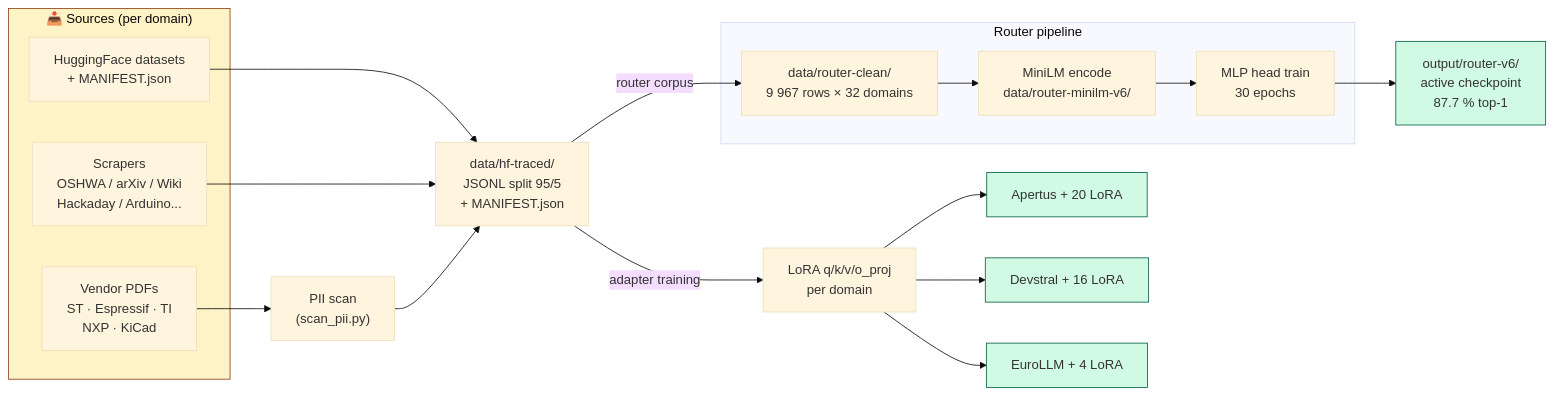
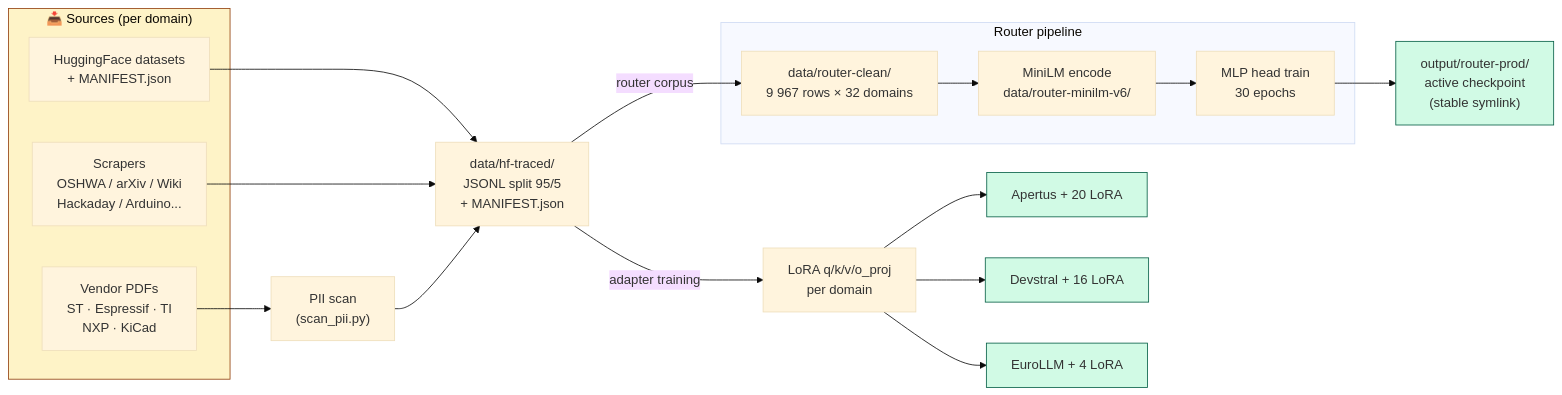
The sixth of 6 diagrams in README.md (ailiance/ailiance), drawn with Mermaid (base theme) before and after one commit. The commit also changed other lines of this file and 2 other files, not shown here.

First line of the commit message:
docs(router): fix router-v6 and 32-domain drift

````diff
--- a/README.md
+++ b/README.md
@@ -413,34 +416,34 @@
 ```mermaid
 flowchart LR
     subgraph sources["📥 Sources (per domain)"]
         HF["HuggingFace datasets<br/>+ MANIFEST.json"]
         SCRAPE["Scrapers<br/>OSHWA / arXiv / Wiki<br/>Hackaday / Arduino..."]
         PDF["Vendor PDFs<br/>ST · Espressif · TI<br/>NXP · KiCad"]
     end
 
     HF --> CLEAN
     SCRAPE --> CLEAN
     PDF --> PII["PII scan<br/>(scan_pii.py)"] --> CLEAN
 
     CLEAN["data/hf-traced/<br/>JSONL split 95/5<br/>+ MANIFEST.json"]
 
     CLEAN -->|adapter training| LORA["LoRA q/k/v/o_proj<br/>per domain"]
     CLEAN -->|router corpus| ROUTER
 
     subgraph router["Router pipeline"]
         ROUTER["data/router-clean/<br/>9 967 rows × 32 domains"]
         EMBED["MiniLM encode<br/>data/router-minilm-v6/"]
         TRAIN["MLP head train<br/>30 epochs"]
         ROUTER --> EMBED --> TRAIN
     end
 
     LORA --> WORKER1["Apertus + 20 LoRA"]
     LORA --> WORKER2["Devstral + 16 LoRA"]
     LORA --> WORKER3["EuroLLM + 4 LoRA"]
-    TRAIN --> ACTIVE["output/router-v6/<br/>active checkpoint<br/>87.7 % top-1"]
+    TRAIN --> ACTIVE["output/router-prod/<br/>active checkpoint<br/>(stable symlink)"]
 
     classDef src fill:#fef3c7,stroke:#92400e
     classDef out fill:#d1fae5,stroke:#065f46
     class sources src
     class WORKER1,WORKER2,WORKER3,ACTIVE out
 ```
````
